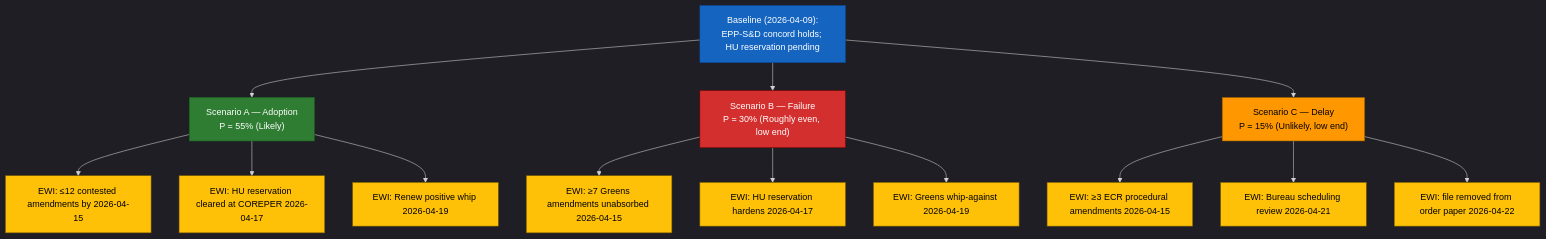
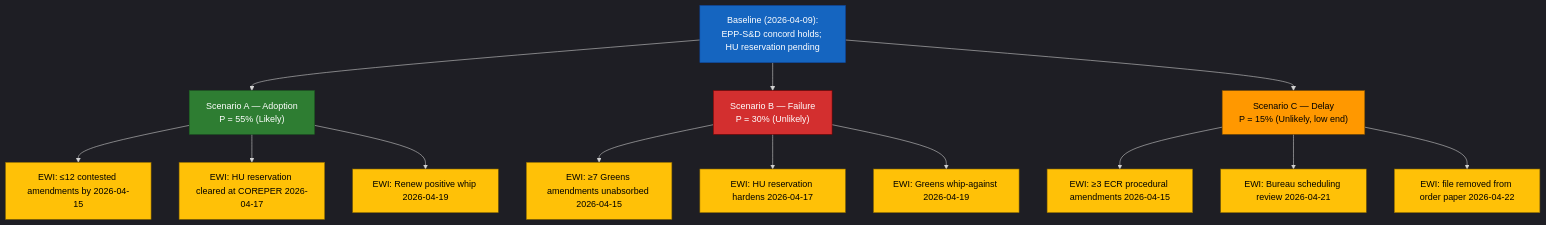
The diagram in analysis/methodologies/examples/scenario-forecast-good-output.md (Hack23/euparliamentmonitor), drawn with Mermaid before and after one commit. The commit also changed 2 other files, not shown here.

Commit message:
Fix R4/R5 indicators to 3 dated items, fix Mermaid WEP label, fix stakeholder intro illustrative claim
Agent-Logs-Url: https://github.com/Hack23/euparliamentmonitor/sessions/156c4dda-248f-417c-9aa9-6d853b806351

````diff
--- a/analysis/methodologies/examples/scenario-forecast-good-output.md
+++ b/analysis/methodologies/examples/scenario-forecast-good-output.md
@@ -89,26 +89,26 @@
 ```mermaid
 %%{init: {"theme":"dark"}}%%
 flowchart TD
   baseline["Baseline (2026-04-09):<br/>EPP-S&D concord holds; HU reservation pending"]:::base
   baseline --> A["Scenario A — Adoption<br/>P = 55% (Likely)"]:::win
-  baseline --> B["Scenario B — Failure<br/>P = 30% (Roughly even, low end)"]:::loss
+  baseline --> B["Scenario B — Failure<br/>P = 30% (Unlikely)"]:::loss
   baseline --> C["Scenario C — Delay<br/>P = 15% (Unlikely, low end)"]:::watch
 
   A --> A1["EWI: ≤12 contested amendments by 2026-04-15"]:::ind
   A --> A2["EWI: HU reservation cleared at COREPER 2026-04-17"]:::ind
   A --> A3["EWI: Renew positive whip 2026-04-19"]:::ind
 
   B --> B1["EWI: ≥7 Greens amendments unabsorbed 2026-04-15"]:::ind
   B --> B2["EWI: HU reservation hardens 2026-04-17"]:::ind
   B --> B3["EWI: Greens whip-against 2026-04-19"]:::ind
 
   C --> C1["EWI: ≥3 ECR procedural amendments 2026-04-15"]:::ind
   C --> C2["EWI: Bureau scheduling review 2026-04-21"]:::ind
   C --> C3["EWI: file removed from order paper 2026-04-22"]:::ind
 
   classDef base fill:#1565C0,stroke:#0D47A1,color:#fff;
   classDef win fill:#2E7D32,stroke:#1B5E20,color:#fff;
   classDef loss fill:#D32F2F,stroke:#7F0000,color:#fff;
   classDef watch fill:#FF9800,stroke:#7F4F00,color:#000;
   classDef ind fill:#FFC107,stroke:#7F6000,color:#000;
 ```
````
